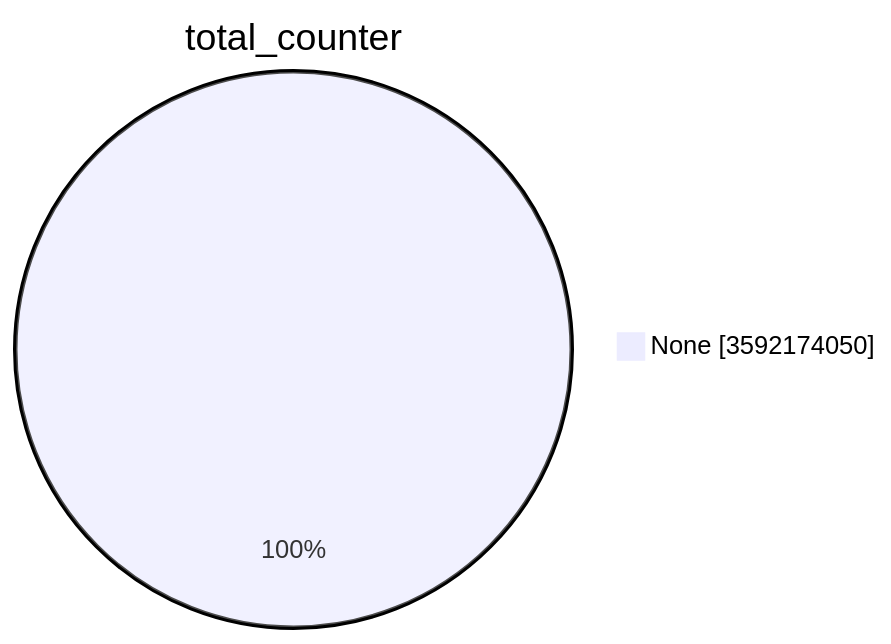
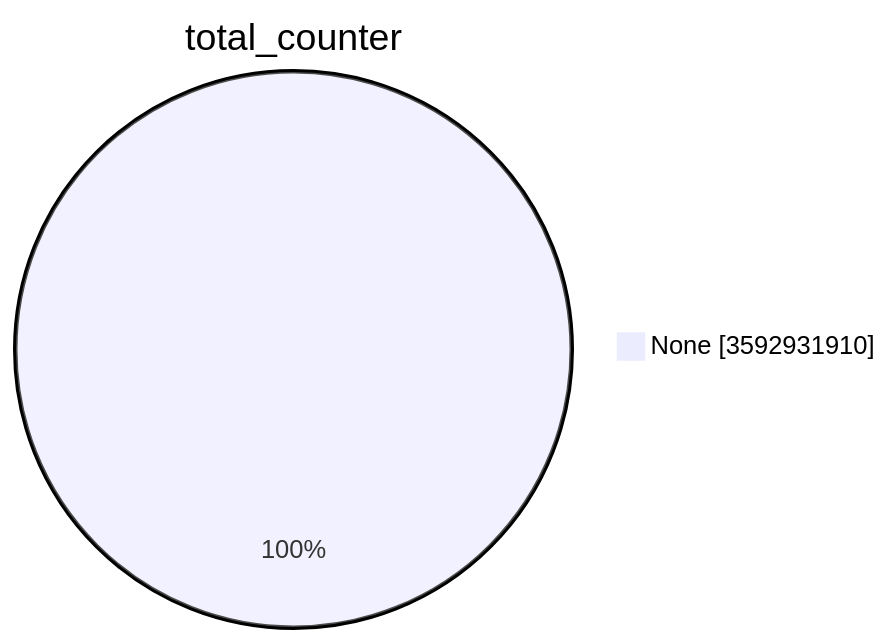
The first of 15 diagrams in TOTAL/README.md (christiankrug/ctmonitor_visualization), drawn with Mermaid before and after one commit. The commit also changed other lines of this file, not shown here.

````diff
--- a/TOTAL/README.md
+++ b/TOTAL/README.md
@@ -1,5 +1,5 @@
 ```mermaid
 pie showData
 title total_counter
-"None" :3592174050
+"None" :3592931910
 ```
````
